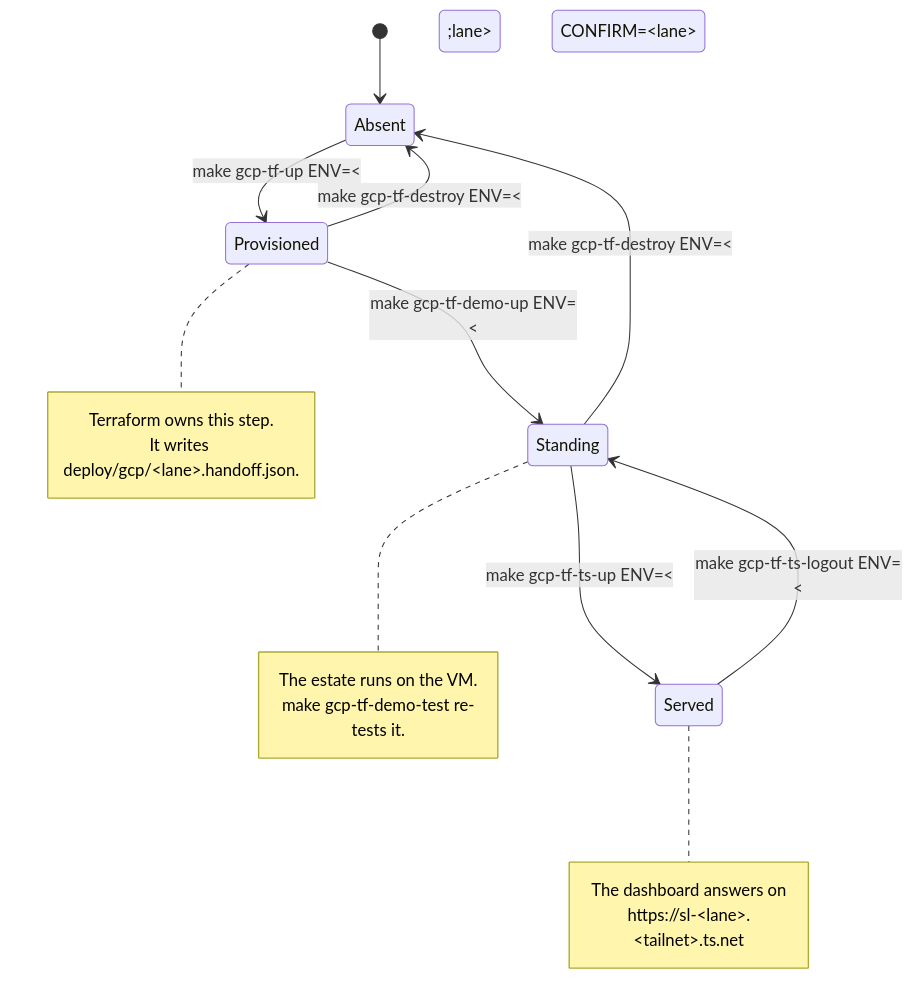
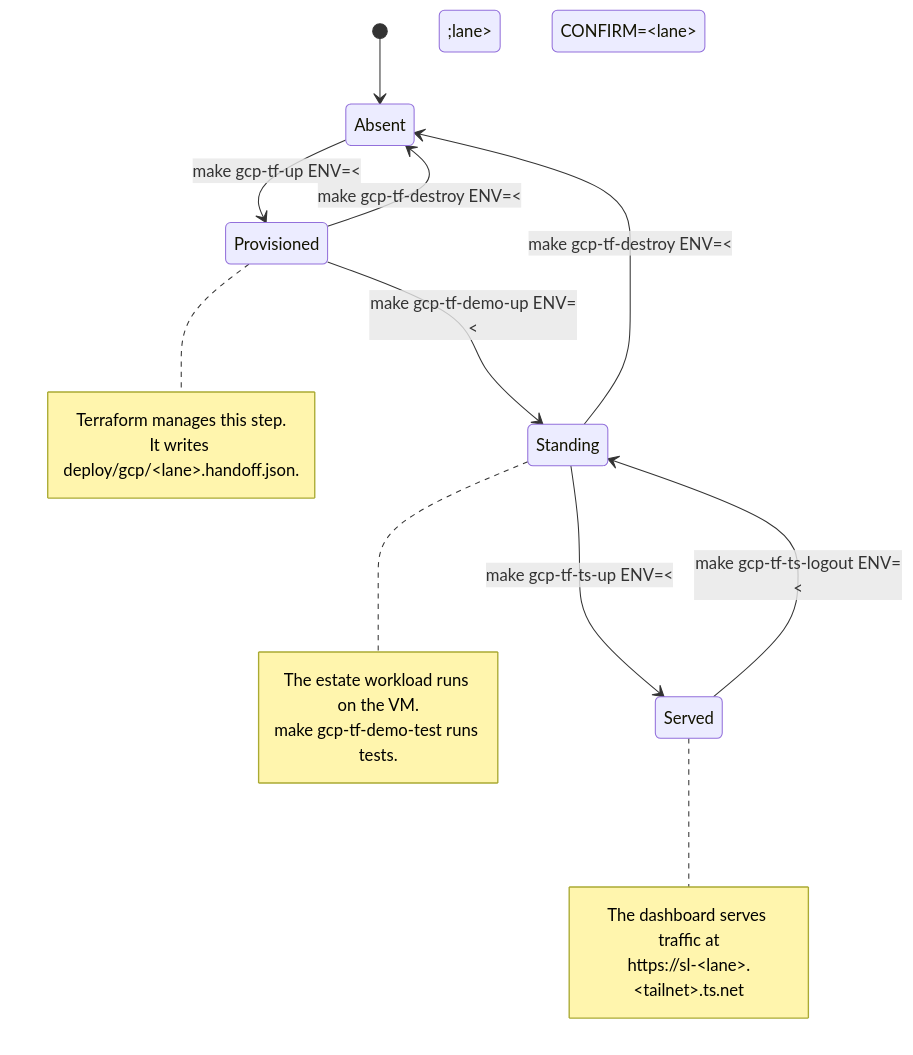
One commit to sublimino/architecture-as-code changed the second of 2 diagrams in docs/gcp-demo/OPERATIONS.md. Above: the diagram before and after it, drawn with Mermaid. The commit also changed other lines of this file and 4 other files, not shown here.

````diff
--- a/docs/gcp-demo/OPERATIONS.md
+++ b/docs/gcp-demo/OPERATIONS.md
@@ -67,23 +65,23 @@
 ```mermaid
 stateDiagram-v2
   [*] --> Absent
   Absent --> Provisioned: make gcp-tf-up ENV=&lt;lane&gt;
   Provisioned --> Standing: make gcp-tf-demo-up ENV=&lt;lane&gt;
   Standing --> Served: make gcp-tf-ts-up ENV=&lt;lane&gt;
   Served --> Standing: make gcp-tf-ts-logout ENV=&lt;lane&gt;
   Standing --> Absent: make gcp-tf-destroy ENV=&lt;lane&gt; CONFIRM=&lt;lane&gt;
   Provisioned --> Absent: make gcp-tf-destroy ENV=&lt;lane&gt; CONFIRM=&lt;lane&gt;
 
   note right of Provisioned
-    Terraform owns this step.
+    Terraform manages this step.
     It writes deploy/gcp/&lt;lane&gt;.handoff.json.
   end note
   note right of Standing
-    The estate runs on the VM.
-    make gcp-tf-demo-test re-tests it.
+    The estate workload runs on the VM.
+    make gcp-tf-demo-test runs tests.
   end note
   note right of Served
-    The dashboard answers on
+    The dashboard serves traffic at
     https://sl-&lt;lane&gt;.&lt;tailnet&gt;.ts.net
   end note
 ```
````
